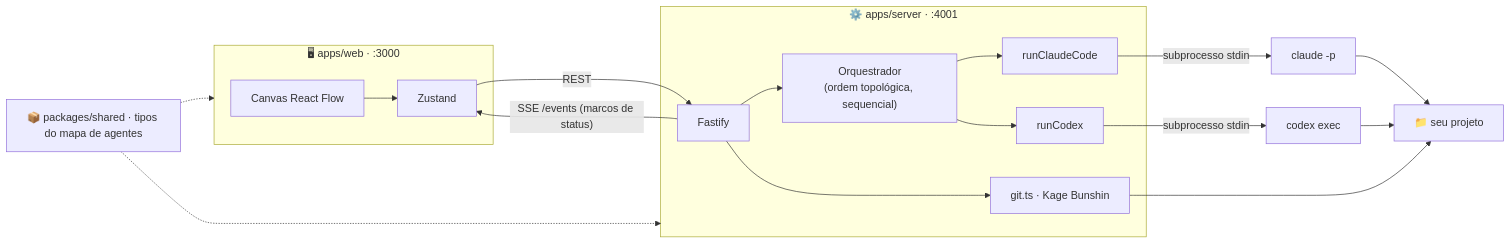
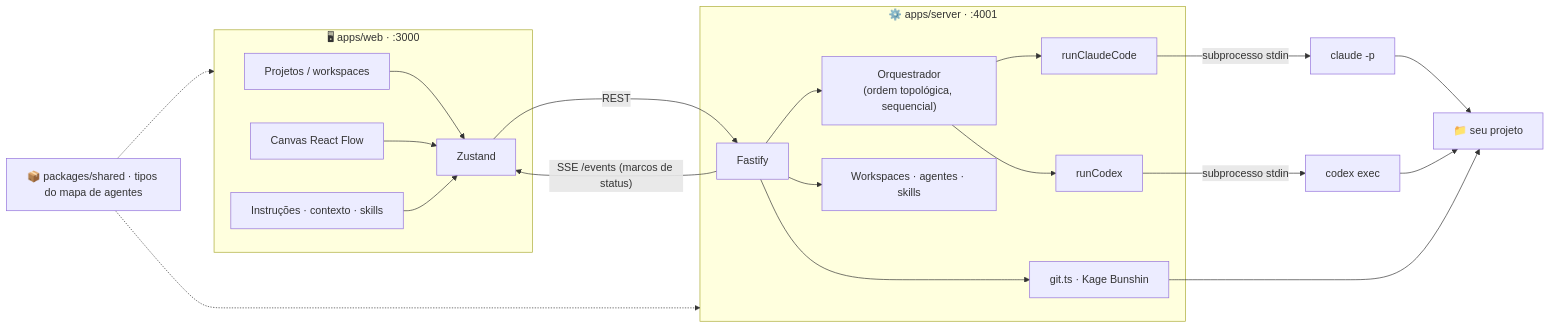
One commit to Peedrohenrique/sasori changed the diagram in README.md. Above: the diagram before and after it, drawn with Mermaid. The commit also changed other lines of this file and 18 other files, not shown here.

Commit message:
feat: add workspaces and reusable agent skills

````diff
--- a/README.md
+++ b/README.md
@@ -88,19 +119,22 @@
 ```mermaid
 flowchart LR
     subgraph web ["🖥 apps/web · :3000"]
-        Canvas["Canvas React Flow"] --> Store["Zustand"]
+        Sidebar["Projetos / workspaces"] --> Store["Zustand"]
+        Canvas["Canvas React Flow"] --> Store
+        Inspector["Instruções · contexto · skills"] --> Store
     end
     subgraph server ["⚙️ apps/server · :4001"]
         API["Fastify"] --> Orq["Orquestrador<br/>(ordem topológica, sequencial)"]
+        API --> Library["Workspaces · agentes · skills"]
         Orq --> RC["runClaudeCode"]
         Orq --> RX["runCodex"]
         API --> Git["git.ts · Kage Bunshin"]
     end
     Store -- "REST" --> API
     API -- "SSE /events (marcos de status)" --> Store
     RC -- "subprocesso stdin" --> CLI1["claude -p"]
     RX -- "subprocesso stdin" --> CLI2["codex exec"]
     CLI1 & CLI2 --> Alvo["📁 seu projeto"]
     Git --> Alvo
     shared["📦 packages/shared · tipos do mapa de agentes"] -.-> web & server
 ```
````
